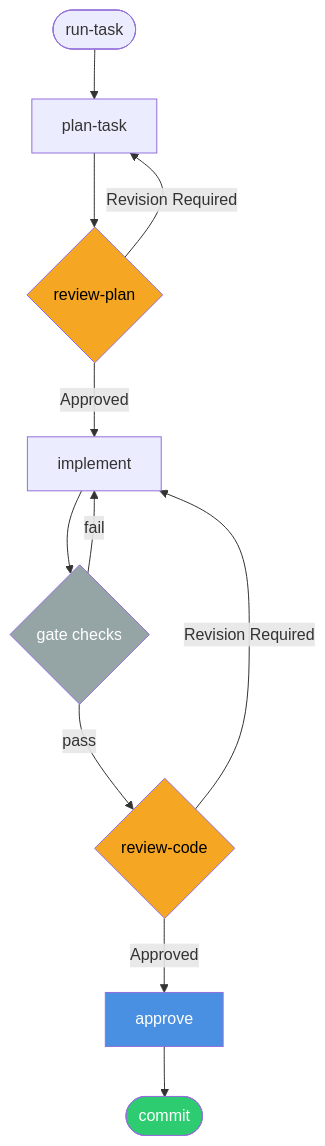
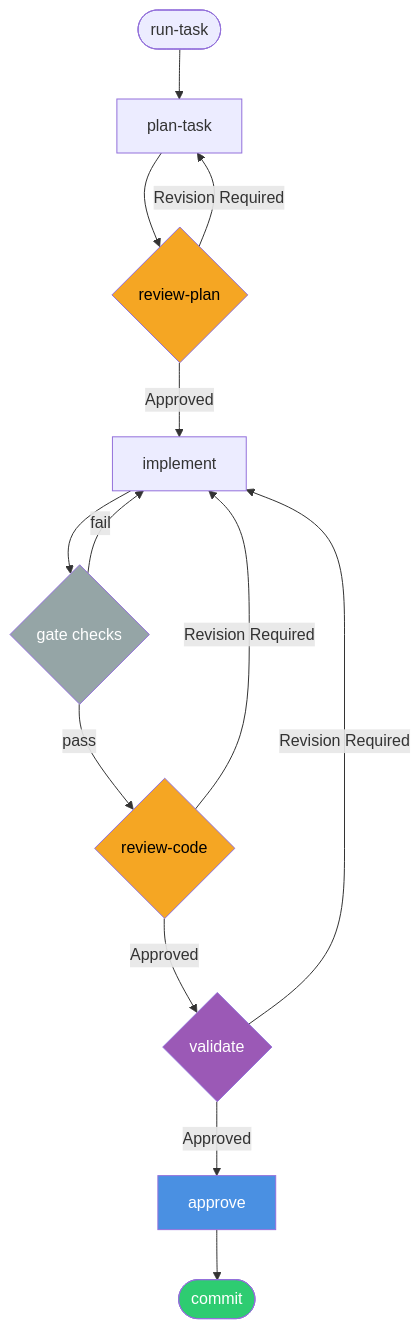
One commit to Entelligentsia/forge changed the third of 3 diagrams in docs/commands/task-pipeline/run-task.md. Above: the diagram before and after it, drawn with Mermaid. The commit also changed other lines of this file and 13 other files, not shown here.

````diff
--- a/docs/commands/task-pipeline/run-task.md
+++ b/docs/commands/task-pipeline/run-task.md
@@ -132,19 +138,22 @@
 ```mermaid
 flowchart TD
     RT([run-task]) --> P[plan-task]
     P --> RP{review-plan}
     RP -->|Revision Required| P
     RP -->|Approved| I[implement]
     I --> GC{gate checks}
     GC -->|fail| I
     GC -->|pass| RC{review-code}
     RC -->|Revision Required| I
-    RC -->|Approved| AP[approve]
+    RC -->|Approved| V{validate}
+    V -->|Revision Required| I
+    V -->|Approved| AP[approve]
     AP --> CM([commit])
 
     style RP fill:#f5a623,color:#000
     style RC fill:#f5a623,color:#000
+    style V fill:#9b59b6,color:#fff
     style AP fill:#4a90e2,color:#fff
     style CM fill:#2ecc71,color:#fff
     style GC fill:#95a5a6,color:#fff
 ```
````
